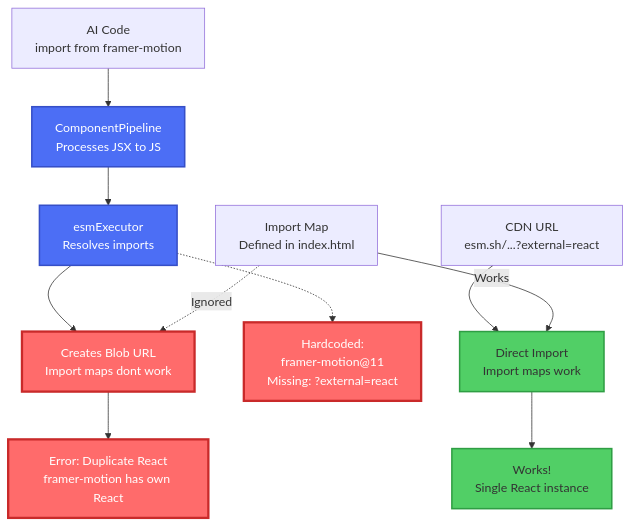
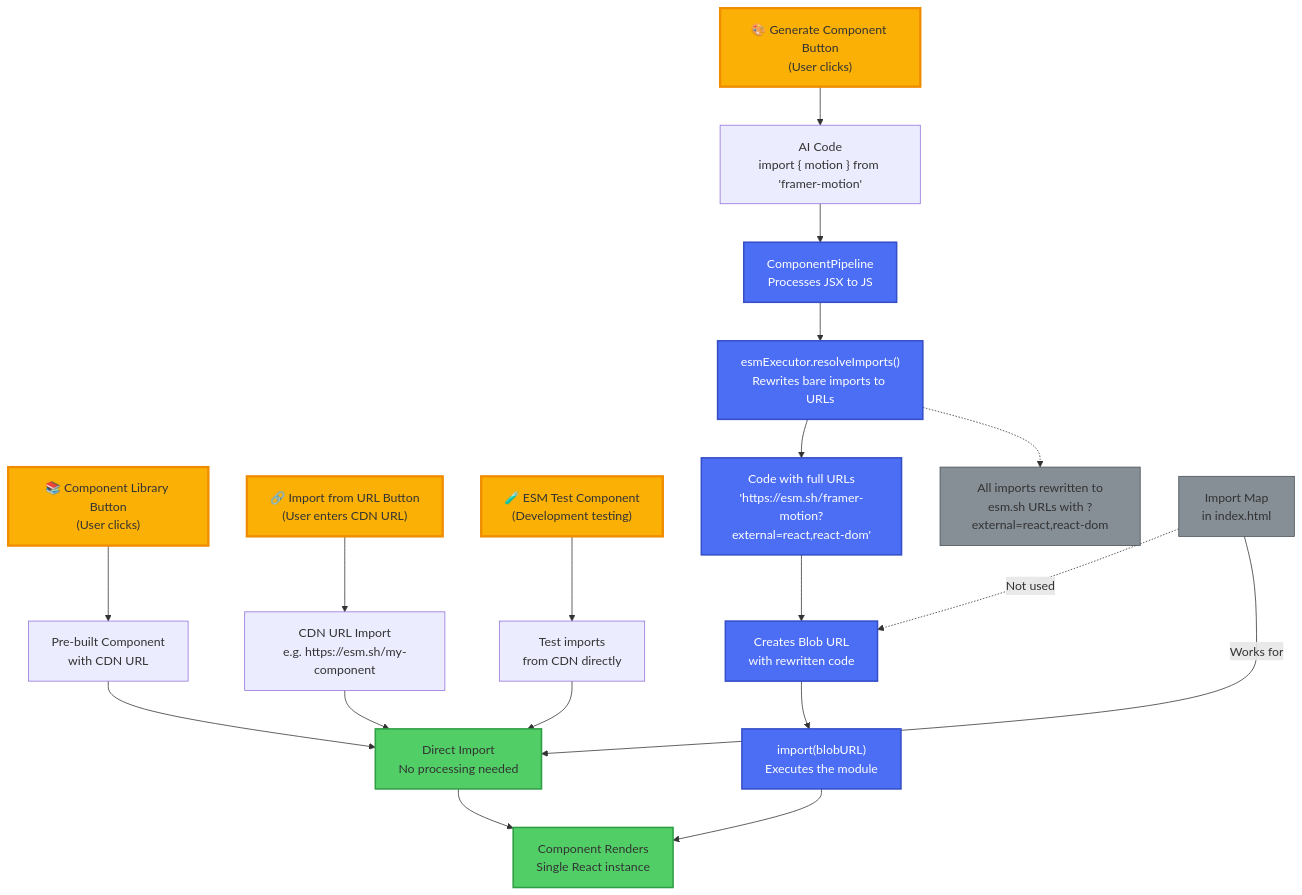
Before and after one commit to Zabaca/vibeboard: the diagram in docs/ai-component-flow.md, drawn with Mermaid. The commit also changed other lines of this file and 1 other file, not shown here.

First line of the commit message:
Simplify URL import to only support CDN URLs

````diff
--- a/docs/ai-component-flow.md
+++ b/docs/ai-component-flow.md
@@ -8,27 +8,37 @@
 ```mermaid
 graph TB
-    AI["AI Code<br/>import from framer-motion"] --> Pipeline["ComponentPipeline<br/>Processes JSX to JS"]
+    %% Entry Points
+    GenBtn["🎨 Generate Component Button<br/>(User clicks)"] --> AI["AI Code<br/>import { motion } from 'framer-motion'"]
+    LibBtn["📚 Component Library Button<br/>(User clicks)"] --> LibComp["Pre-built Component<br/>with CDN URL"]
+    URLBtn["🔗 Import from URL Button<br/>(User enters CDN URL)"] --> URLComp["CDN URL Import<br/>e.g. https://esm.sh/my-component"]
+    TestBtn["🧪 ESM Test Component<br/>(Development testing)"] --> TestComp["Test imports<br/>from CDN directly"]
     
-    Pipeline --> ESM["esmExecutor<br/>Resolves imports"]
+    %% AI Flow
+    AI --> Pipeline["ComponentPipeline<br/>Processes JSX to JS"]
+    Pipeline --> ESM["esmExecutor.resolveImports()<br/>Rewrites bare imports to URLs"]
+    ESM --> Rewritten["Code with full URLs<br/>'https://esm.sh/framer-motion?external=react,react-dom'"]
+    Rewritten --> Blob["Creates Blob URL<br/>with rewritten code"]
+    Blob --> Import["import(blobURL)<br/>Executes the module"]
+    Import --> Success["Component Renders<br/>Single React instance"]
     
-    ESM --> Blob["Creates Blob URL<br/>Import maps dont work"]
+    %% CDN Direct Import Flow (Simplified)
+    LibComp --> Direct["Direct Import<br/>No processing needed"]
+    URLComp --> Direct
+    TestComp --> Direct
+    Direct --> Success
     
-    Blob --> Error["Error: Duplicate React<br/>framer-motion has own React"]
+    %% Supporting elements
+    ESM -.-> Solution["All imports rewritten to<br/>esm.sh URLs with ?external=react,react-dom"]
+    Map["Import Map<br/>in index.html"] -.->|Not used| Blob
+    Map -->|Works for| Direct
     
-    ESM -.-> Problem["Hardcoded:<br/>framer-motion@11<br/>Missing: ?external=react"]
-    
-    CDN["CDN URL<br/>esm.sh/...?external=react"] --> Direct["Direct Import<br/>Import maps work"]
-    
-    Direct --> Success["Works!<br/>Single React instance"]
-    
-    Map["Import Map<br/>Defined in index.html"] -.->|Ignored| Blob
-    Map -->|Works| Direct
-    
-    classDef problem fill:#ff6b6b,stroke:#c92a2a,stroke-width:3px,color:#fff
+    classDef entry fill:#fab005,stroke:#f08c00,stroke-width:3px
     classDef success fill:#51cf66,stroke:#2f9e44,stroke-width:2px
     classDef normal fill:#4c6ef5,stroke:#364fc7,stroke-width:2px,color:#fff
+    classDef solution fill:#868e96,stroke:#495057,stroke-width:1px
     
-    class Error,Problem,Blob problem
+    class GenBtn,LibBtn,URLBtn,TestBtn entry
     class Success,Direct success
-    class Pipeline,ESM normal
+    class Pipeline,ESM,Rewritten,Blob,Import normal
+    class Solution,Map solution
 ```
````
